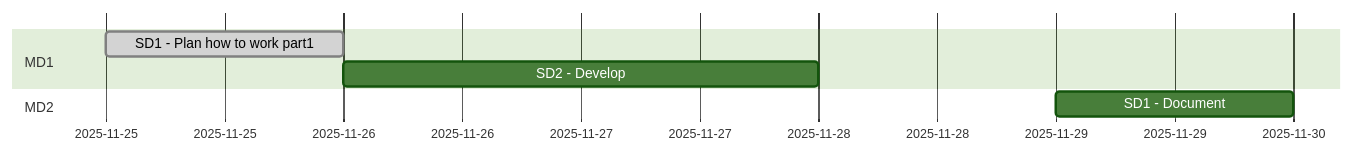
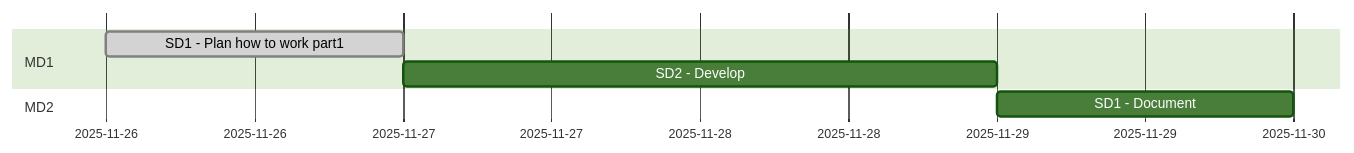
Before and after one commit to hoss-java/calapp-workshop: the first of 2 diagrams in DECK.md, drawn with Mermaid (forest theme). The commit also changed other lines of this file, not shown here.

````diff
--- a/DECK.md
+++ b/DECK.md
@@ -27,9 +27,9 @@
 ```mermaid
 gantt
     section MD1
-    SD1 - Plan how to work part1                :done,md1des1, 2025-11-25,1d
+    SD1 - Plan how to work part1                :done,md1des1, 2025-11-26,1d
     SD2 - Develop                :md1des2, after md1des1,2d
 
     section MD2
     SD1 - Document                :md2des1, 2025-11-29,1d
 ```
````
